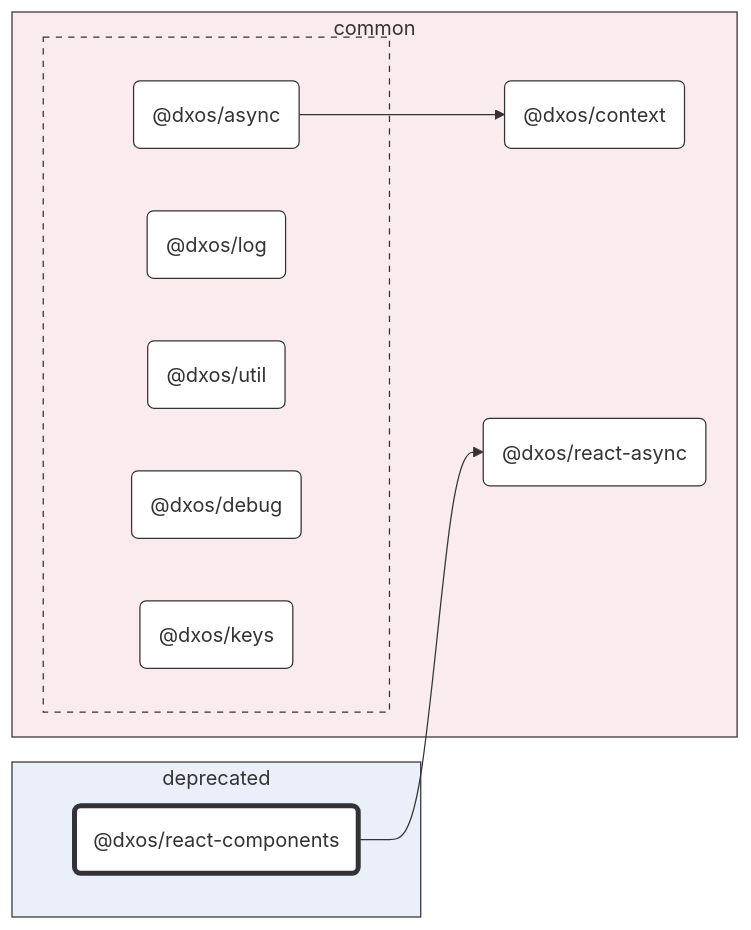
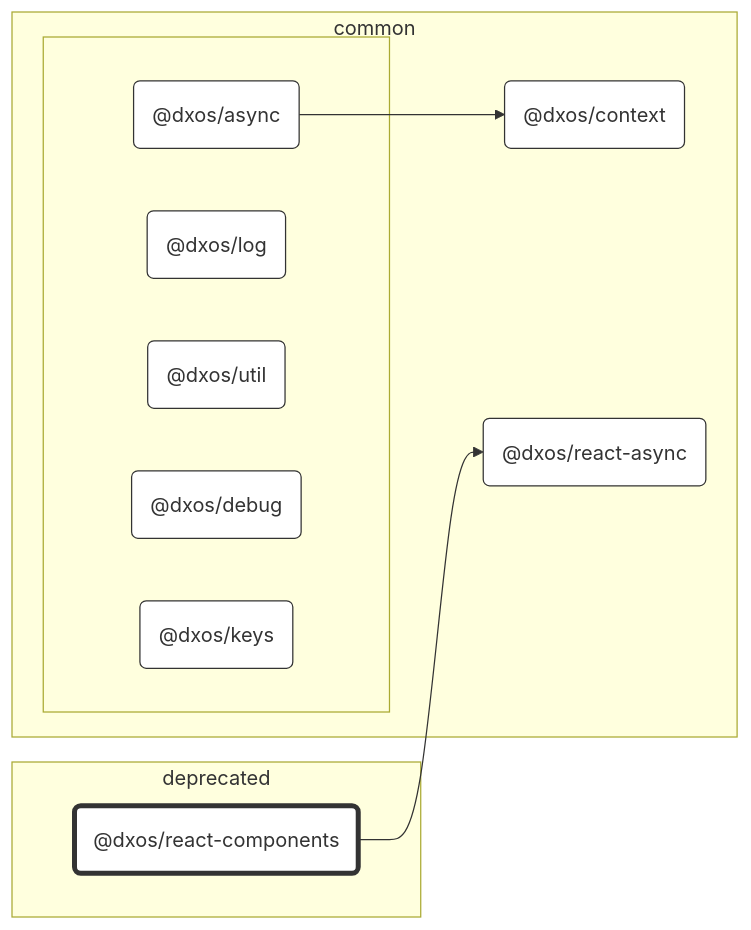
The diagram in packages/deprecated/react-components/docs/README.md (dxos/dxos), drawn with Mermaid before and after one commit. The commit also changed 80 other files, not shown here.

````diff
--- a/packages/deprecated/react-components/docs/README.md
+++ b/packages/deprecated/react-components/docs/README.md
@@ -7,44 +7,41 @@
 ```mermaid
 %%{ init: {'flowchart':{'curve':'basis'}} }%%
 
 flowchart LR
 
 %% Classes
 classDef def fill:#fff,stroke:#333,stroke-width:1px
 classDef root fill:#fff,stroke:#333,stroke-width:4px
 
 %% Nodes
 
 subgraph deprecated [deprecated]
-  style deprecated fill:#ebeffa,stroke:#333
   dxos/react-components("@dxos/react-components"):::root
   click dxos/react-components "dxos/dxos/tree/main/packages/deprecated/react-components/docs"
 end
 
 subgraph common [common]
-  style common fill:#faebee,stroke:#333
   dxos/context("@dxos/context"):::def
   click dxos/context "dxos/dxos/tree/main/packages/common/context/docs"
   dxos/react-async("@dxos/react-async"):::def
   click dxos/react-async "dxos/dxos/tree/main/packages/common/react-async/docs"
 
   subgraph _ [ ]
-    style _ fill:#faebee,stroke:#333,stroke-dasharray:5 5
     dxos/async("@dxos/async"):::def
     click dxos/async "dxos/dxos/tree/main/packages/common/async/docs"
     dxos/log("@dxos/log"):::def
     click dxos/log "dxos/dxos/tree/main/packages/common/log/docs"
     dxos/util("@dxos/util"):::def
     click dxos/util "dxos/dxos/tree/main/packages/common/util/docs"
     dxos/debug("@dxos/debug"):::def
     click dxos/debug "dxos/dxos/tree/main/packages/common/debug/docs"
     dxos/keys("@dxos/keys"):::def
     click dxos/keys "dxos/dxos/tree/main/packages/common/keys/docs"
   end
 end
 
 %% Links
 linkStyle default stroke:#333,stroke-width:1px
 dxos/async --> dxos/context
 dxos/react-components --> dxos/react-async
 ```
````
